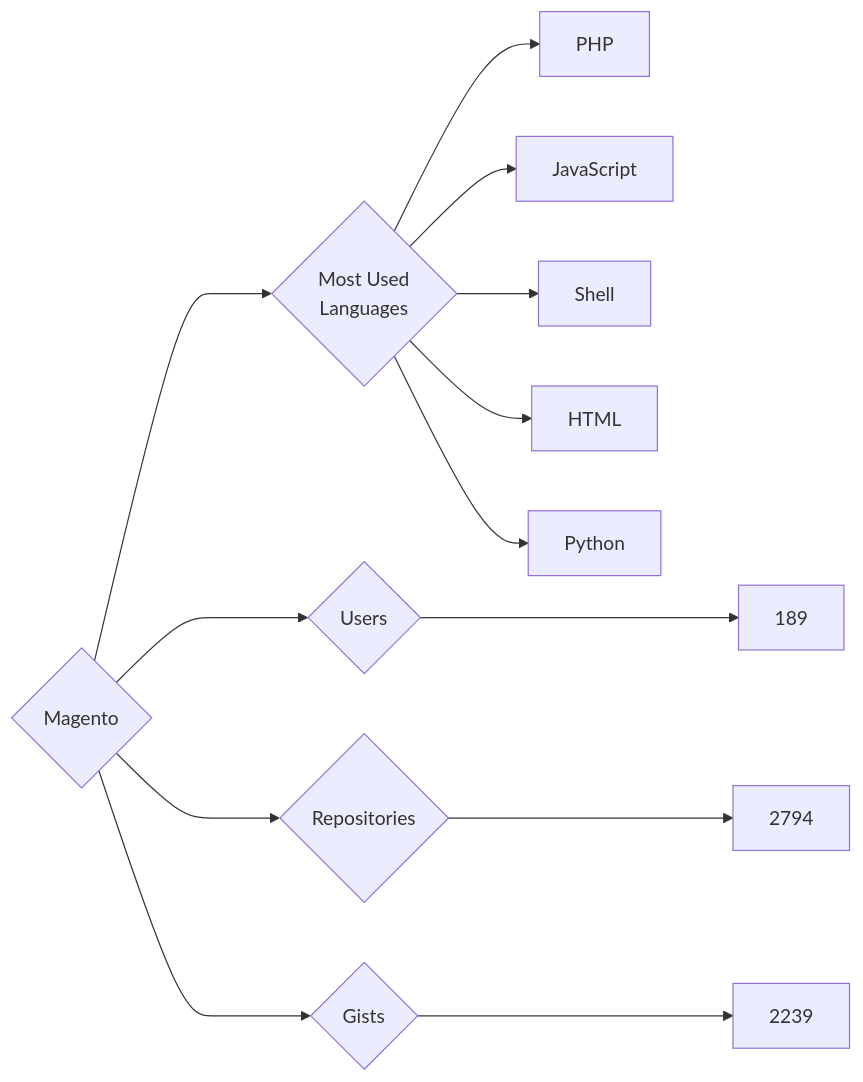
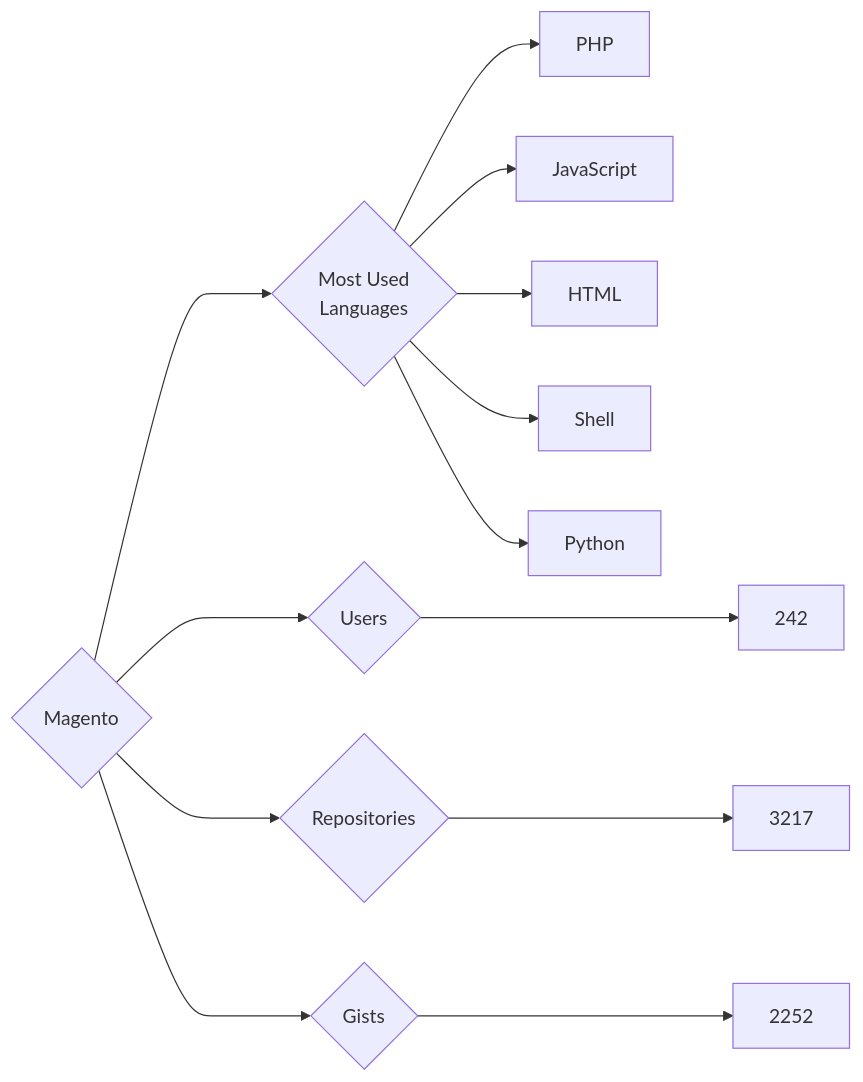
Before and after one commit to trickest/insiders: the diagram in targets/Magento/README.md, drawn with Mermaid. The commit also changed 777 other files, not shown here.

````diff
--- a/targets/Magento/README.md
+++ b/targets/Magento/README.md
@@ -3,13 +3,13 @@
 ```mermaid
 graph LR
 COMPANY_NAME{Magento}
-COMPANY_NAME ---> U{Users} ---> UN[189]
-COMPANY_NAME ---> R{Repositories} ---> RN[2794]
-COMPANY_NAME ---> G{Gists} ---> GN[2239]
+COMPANY_NAME ---> U{Users} ---> UN[242]
+COMPANY_NAME ---> R{Repositories} ---> RN[3217]
+COMPANY_NAME ---> G{Gists} ---> GN[2252]
 COMPANY_NAME ---> ML{Most Used<br>Languages}
 ML --> PHP[PHP]
 ML --> JavaScript[JavaScript]
+ML --> HTML[HTML]
 ML --> Shell[Shell]
-ML --> HTML[HTML]
 ML --> Python[Python]
 ```
````
